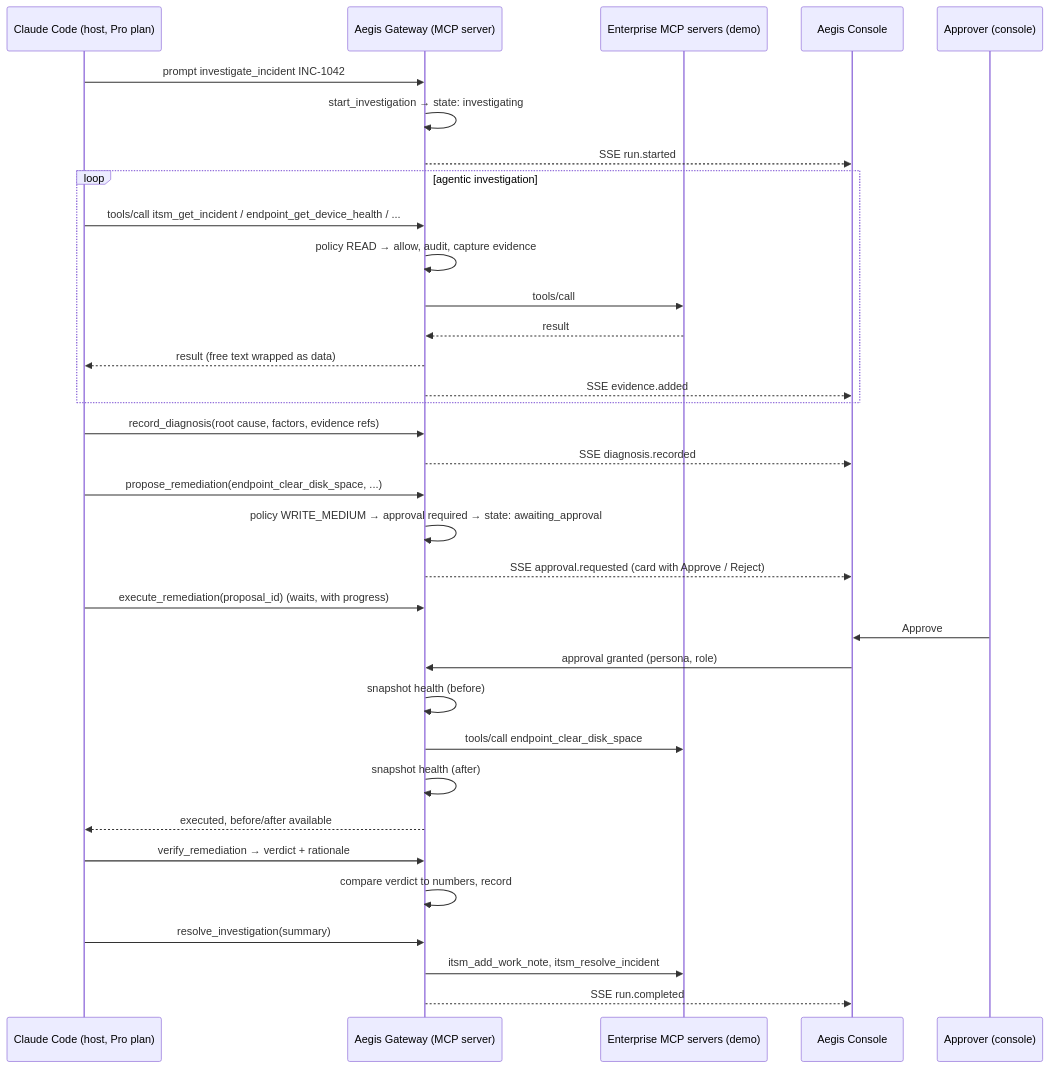
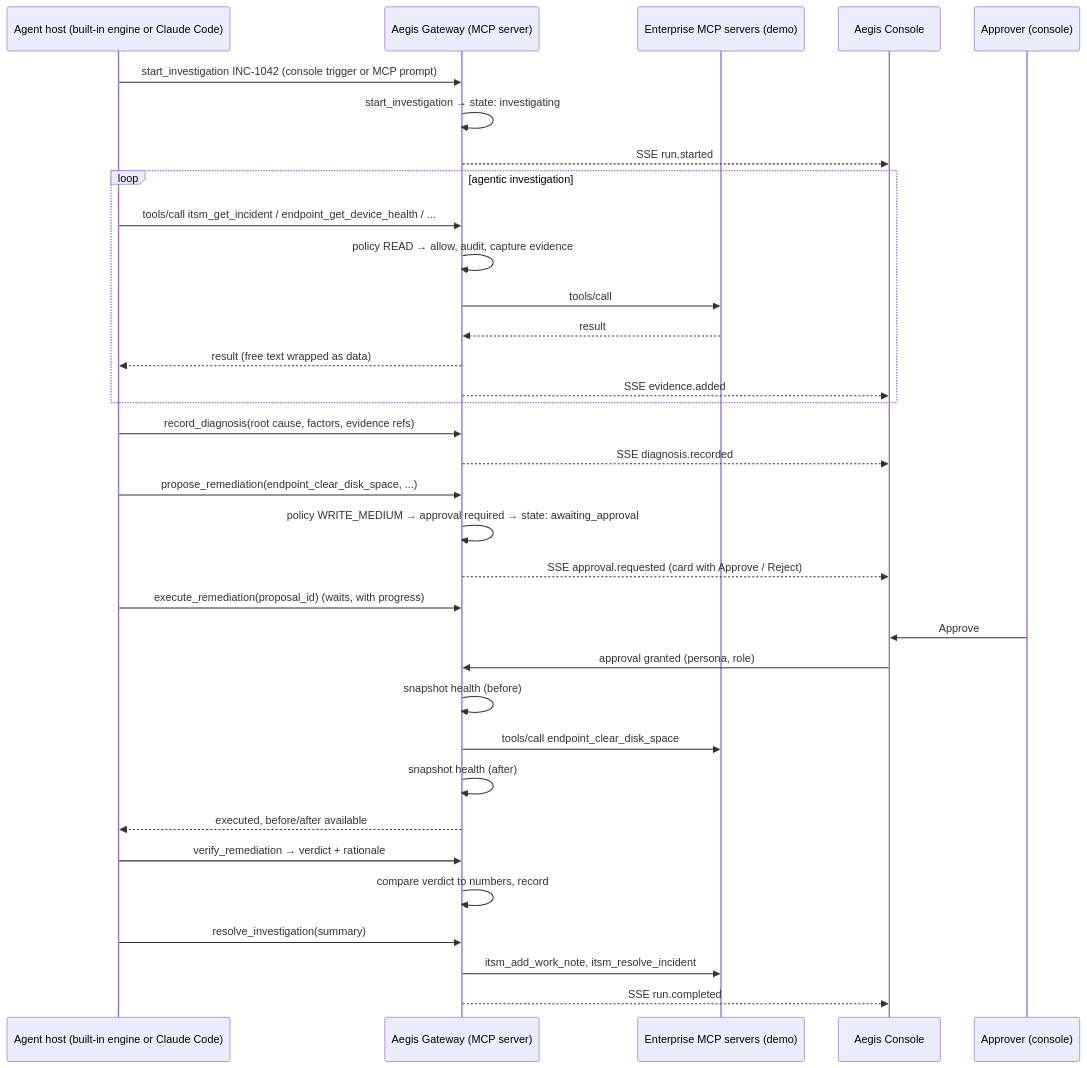
The diagram in docs/ARCHITECTURE.md (skv-labs1/AEGIS), drawn with Mermaid before and after one commit. The commit also changed other lines of this file and 1 other file, not shown here.

````diff
--- a/docs/ARCHITECTURE.md
+++ b/docs/ARCHITECTURE.md
@@ -296,37 +379,37 @@
 ```mermaid
 sequenceDiagram
-    participant H as Claude Code (host, Pro plan)
+    participant H as Agent host (built-in engine or Claude Code)
     participant G as Aegis Gateway (MCP server)
     participant E as Enterprise MCP servers (demo)
     participant C as Aegis Console
     participant U as Approver (console)
 
-    H->>G: prompt investigate_incident INC-1042
+    H->>G: start_investigation INC-1042 (console trigger or MCP prompt)
     G->>G: start_investigation → state: investigating
     G-->>C: SSE run.started
     loop agentic investigation
         H->>G: tools/call itsm_get_incident / endpoint_get_device_health / ...
         G->>G: policy READ → allow, audit, capture evidence
         G->>E: tools/call
         E-->>G: result
         G-->>H: result (free text wrapped as data)
         G-->>C: SSE evidence.added
     end
     H->>G: record_diagnosis(root cause, factors, evidence refs)
     G-->>C: SSE diagnosis.recorded
     H->>G: propose_remediation(endpoint_clear_disk_space, ...)
     G->>G: policy WRITE_MEDIUM → approval required → state: awaiting_approval
     G-->>C: SSE approval.requested (card with Approve / Reject)
     H->>G: execute_remediation(proposal_id)  (waits, with progress)
     U->>C: Approve
     C->>G: approval granted (persona, role)
     G->>G: snapshot health (before)
     G->>E: tools/call endpoint_clear_disk_space
     G->>G: snapshot health (after)
     G-->>H: executed, before/after available
     H->>G: verify_remediation → verdict + rationale
     G->>G: compare verdict to numbers, record
     H->>G: resolve_investigation(summary)
     G->>E: itsm_add_work_note, itsm_resolve_incident
     G-->>C: SSE run.completed
 ```
````
